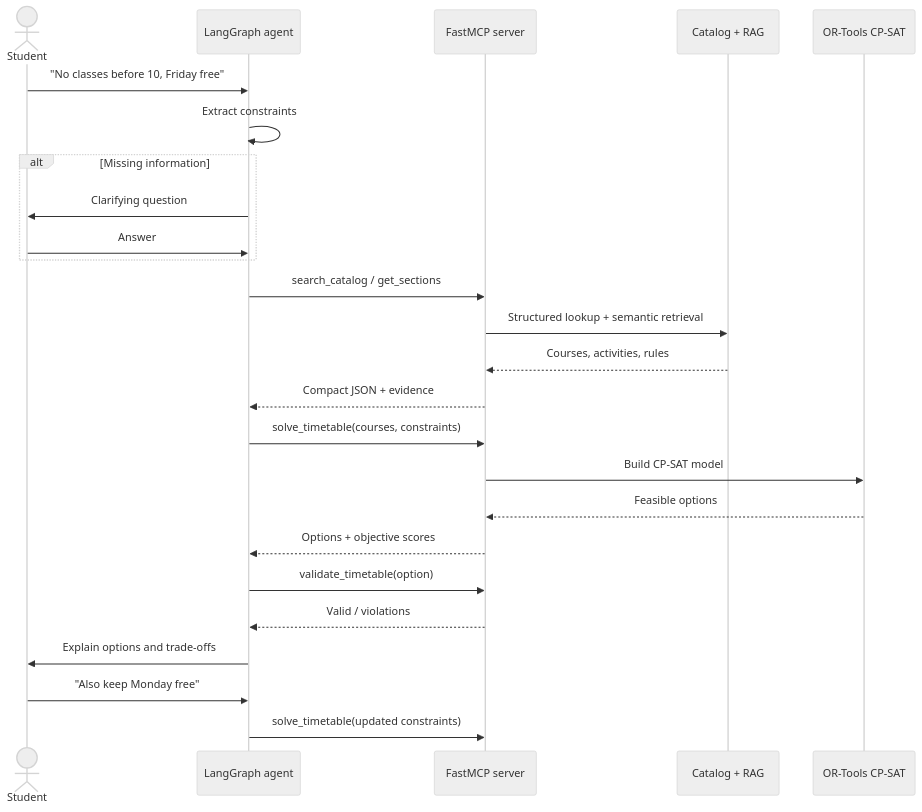
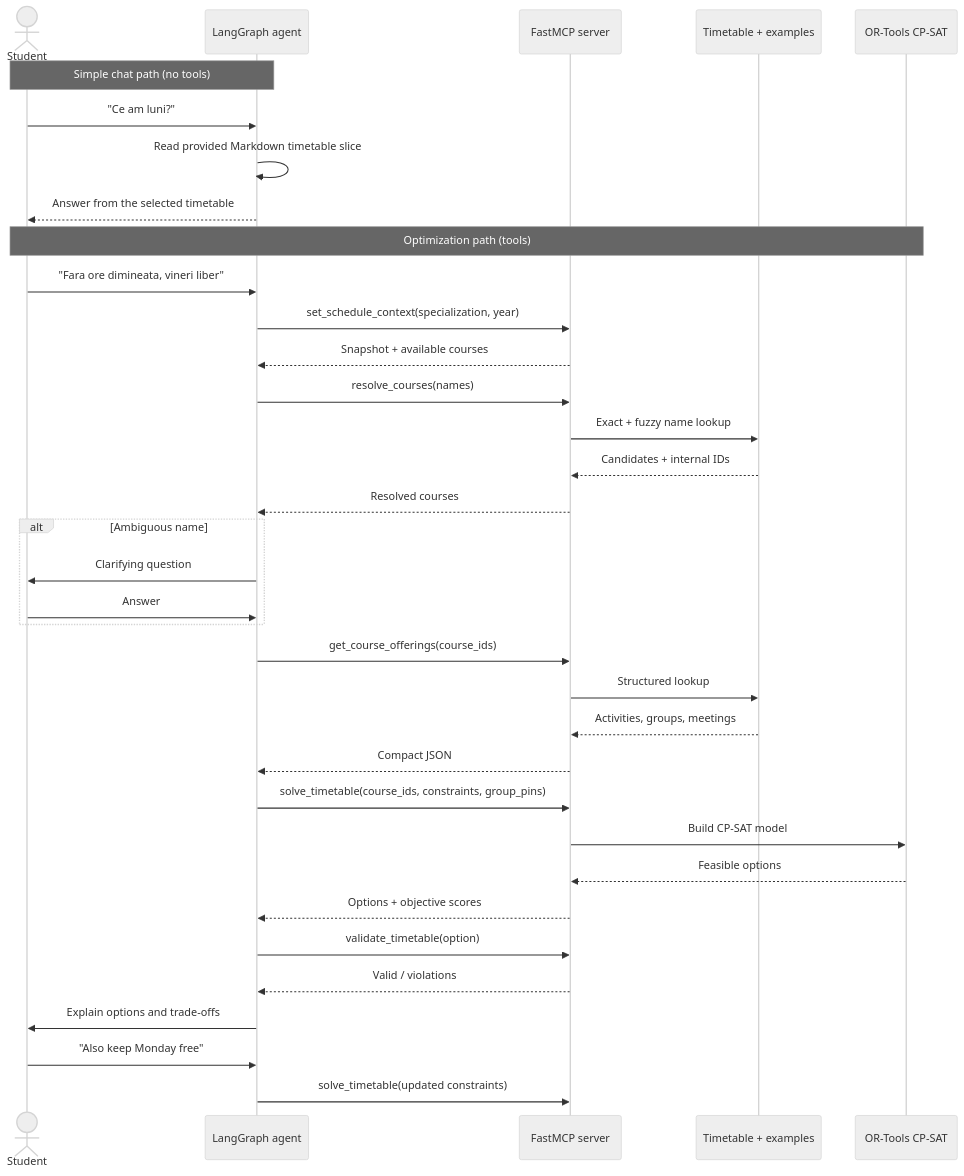
Before and after one commit to xze3n/StudentTimetableOrganizer: the third of 5 diagrams in docs/MILESTONE2.md, drawn with Mermaid (neutral theme). The commit also changed other lines of this file, not shown here.

Commit message:
Refine Milestone 2 plan for structured timetable data

````diff
--- a/docs/MILESTONE2.md
+++ b/docs/MILESTONE2.md
@@ -392,28 +477,39 @@
 ```mermaid
 sequenceDiagram
     actor Student
     participant Agent as LangGraph agent
     participant MCP as FastMCP server
-    participant Data as Catalog + RAG
+    participant Data as Timetable + examples
     participant Solver as OR-Tools CP-SAT
 
-    Student->>Agent: "No classes before 10, Friday free"
-    Agent->>Agent: Extract constraints
-    alt Missing information
+    Note over Student,Agent: Simple chat path (no tools)
+    Student->>Agent: "Ce am luni?"
+    Agent->>Agent: Read provided Markdown timetable slice
+    Agent-->>Student: Answer from the selected timetable
+
+    Note over Student,Solver: Optimization path (tools)
+    Student->>Agent: "Fara ore dimineata, vineri liber"
+    Agent->>MCP: set_schedule_context(specialization, year)
+    MCP-->>Agent: Snapshot + available courses
+    Agent->>MCP: resolve_courses(names)
+    MCP->>Data: Exact + fuzzy name lookup
+    Data-->>MCP: Candidates + internal IDs
+    MCP-->>Agent: Resolved courses
+    alt Ambiguous name
         Agent->>Student: Clarifying question
         Student->>Agent: Answer
     end
-    Agent->>MCP: search_catalog / get_sections
-    MCP->>Data: Structured lookup + semantic retrieval
-    Data-->>MCP: Courses, activities, rules
-    MCP-->>Agent: Compact JSON + evidence
-    Agent->>MCP: solve_timetable(courses, constraints)
+    Agent->>MCP: get_course_offerings(course_ids)
+    MCP->>Data: Structured lookup
+    Data-->>MCP: Activities, groups, meetings
+    MCP-->>Agent: Compact JSON
+    Agent->>MCP: solve_timetable(course_ids, constraints, group_pins)
     MCP->>Solver: Build CP-SAT model
     Solver-->>MCP: Feasible options
     MCP-->>Agent: Options + objective scores
     Agent->>MCP: validate_timetable(option)
     MCP-->>Agent: Valid / violations
     Agent->>Student: Explain options and trade-offs
     Student->>Agent: "Also keep Monday free"
     Agent->>MCP: solve_timetable(updated constraints)
 ```
````
